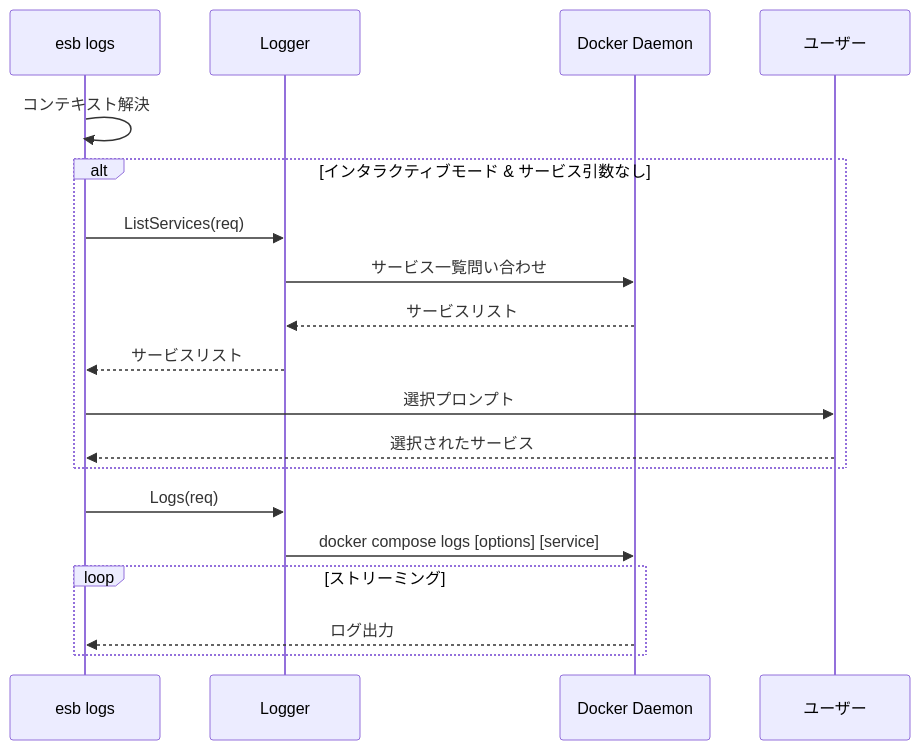
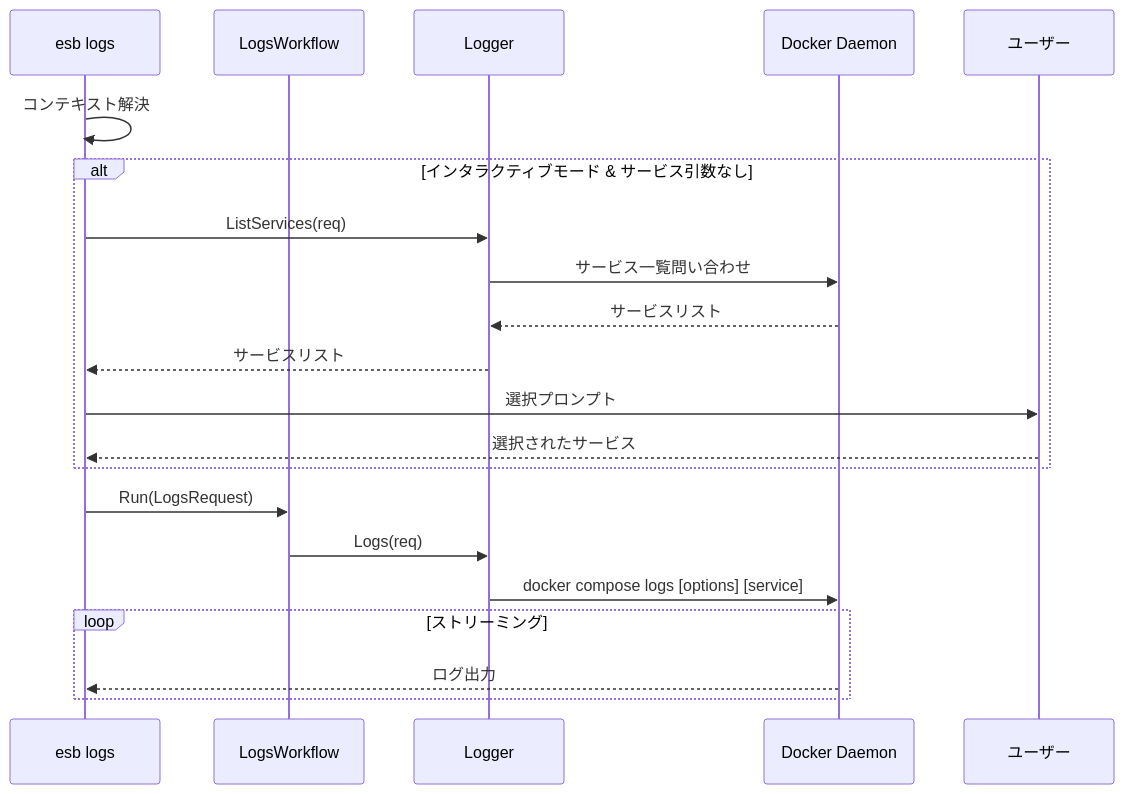
The diagram in docs/logs.md (poruru-code/esb-cli), drawn with Mermaid before and after one commit. The commit also changed other lines of this file and 9 other files, not shown here.

````diff
--- a/docs/logs.md
+++ b/docs/logs.md
@@ -51,25 +51,27 @@
 ```mermaid
 sequenceDiagram
     participant CLI as esb logs
+    participant WF as LogsWorkflow
     participant Logger as Logger
     participant Docker as Docker Daemon
     participant User as ユーザー
 
     CLI->>CLI: コンテキスト解決
 
     alt インタラクティブモード & サービス引数なし
         CLI->>Logger: ListServices(req)
         Logger->>Docker: サービス一覧問い合わせ
         Docker-->>Logger: サービスリスト
         Logger-->>CLI: サービスリスト
         CLI->>User: 選択プロンプト
         User-->>CLI: 選択されたサービス
     end
 
-    CLI->>Logger: Logs(req)
+    CLI->>WF: Run(LogsRequest)
+    WF->>Logger: Logs(req)
     Logger->>Docker: docker compose logs [options] [service]
 
     loop ストリーミング
         Docker-->>CLI: ログ出力
     end
 ```
````
